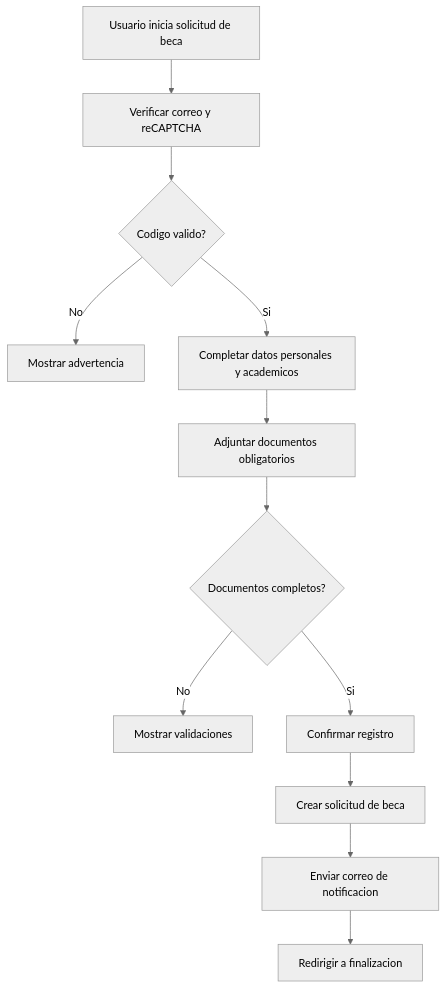
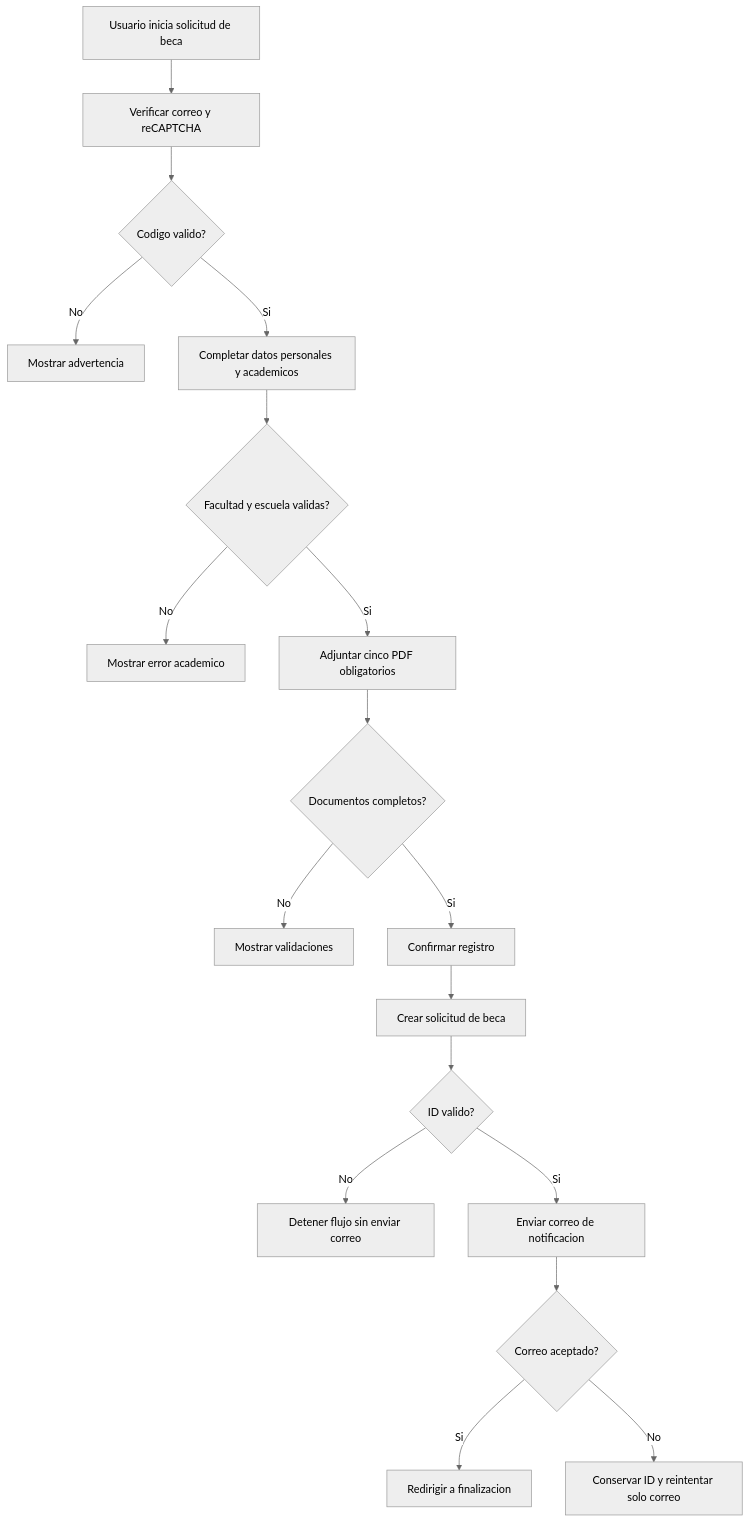
Before and after one commit to luismiguelgs/ciunac-sol-1.3: the diagram in docs/requirements/use-cases/solicitud-beca.md, drawn with Mermaid (neutral theme). The commit also changed other lines of this file and 334 other files, not shown here.

````diff
--- a/docs/requirements/use-cases/solicitud-beca.md
+++ b/docs/requirements/use-cases/solicitud-beca.md
@@ -30,14 +31,20 @@
 ```mermaid
 flowchart TD
     Start["Usuario inicia solicitud de beca"] --> Email["Verificar correo y reCAPTCHA"]
     Email --> Code{"Codigo valido?"}
     Code -->|No| EmailError["Mostrar advertencia"]
     Code -->|Si| Basic["Completar datos personales y academicos"]
-    Basic --> Docs["Adjuntar documentos obligatorios"]
+    Basic --> Relation{"Facultad y escuela validas?"}
+    Relation -->|No| CatalogError["Mostrar error academico"]
+    Relation -->|Si| Docs["Adjuntar cinco PDF obligatorios"]
     Docs --> DocsValid{"Documentos completos?"}
     DocsValid -->|No| DocsError["Mostrar validaciones"]
     DocsValid -->|Si| Confirm["Confirmar registro"]
     Confirm --> SaveRequest["Crear solicitud de beca"]
-    SaveRequest --> Mail["Enviar correo de notificacion"]
-    Mail --> Finish["Redirigir a finalizacion"]
+    SaveRequest --> Saved{"ID valido?"}
+    Saved -->|No| SaveError["Detener flujo sin enviar correo"]
+    Saved -->|Si| Mail["Enviar correo de notificacion"]
+    Mail --> MailResult{"Correo aceptado?"}
+    MailResult -->|Si| Finish["Redirigir a finalizacion"]
+    MailResult -->|No| Retry["Conservar ID y reintentar solo correo"]
 ```
````
